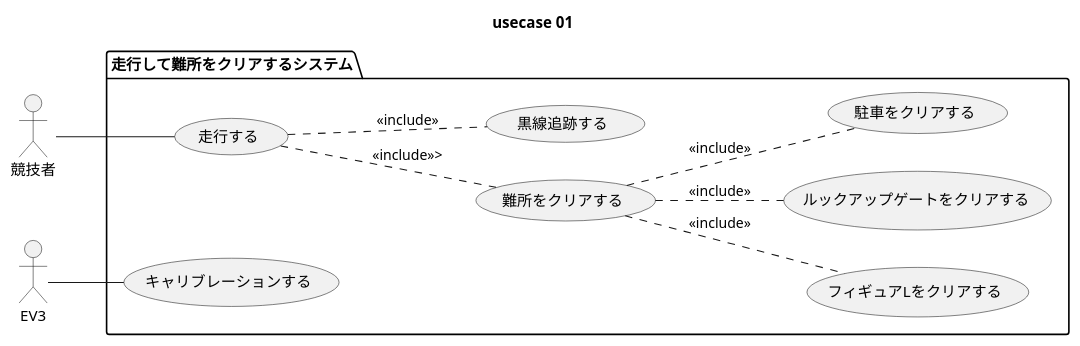
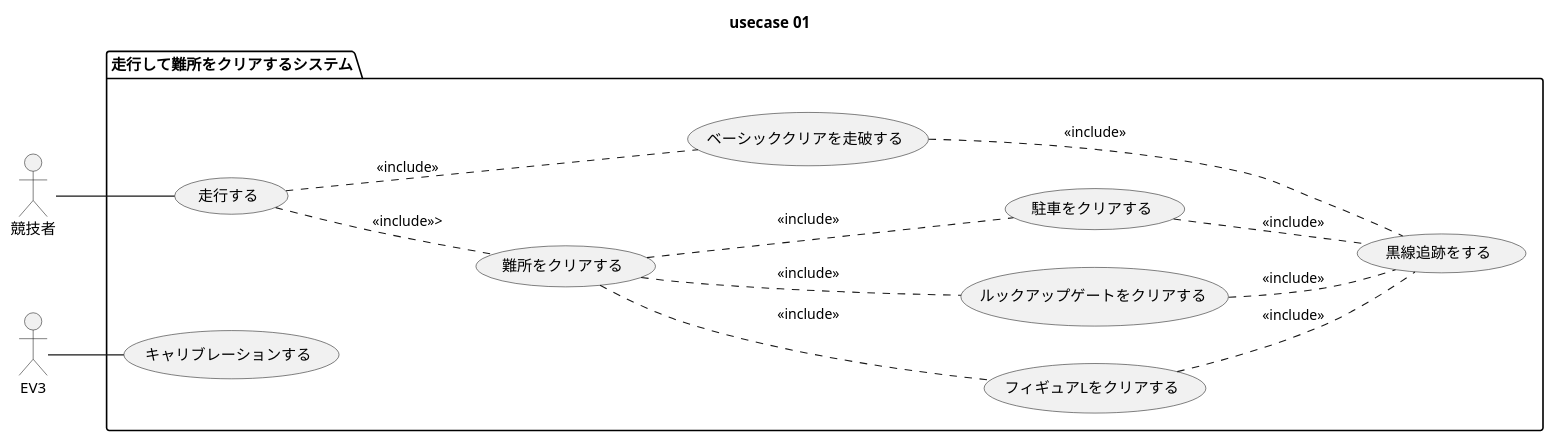
The diagram in diagram/usecase/01/usecase.pu (SLP-KBIT/ETR2015), drawn with PlantUML before and after one commit. The commit also changed 1 other file, not shown here.

Commit message:
(kattsun:usecase:01) 黒線追跡の位置を変更

```diff
--- a/diagram/usecase/01/usecase.pu
+++ b/diagram/usecase/01/usecase.pu
@@ -1,29 +1,33 @@
 @startuml
 
 title usecase 01
 
 actor 競技者 as user
 actor EV3 as robo
 
 left to right direction
 
 package "走行して難所をクリアするシステム" {
 
     usecase 走行する as run
     usecase 難所をクリアする as obs
     usecase キャリブレーションする as calib
-    usecase 黒線追跡する as black
+    usecase ベーシッククリアを走破する as basic
     usecase フィギュアLをクリアする as figy
     usecase ルックアップゲートをクリアする as gate
     usecase 駐車をクリアする as park
+    usecase 黒線追跡をする as trace
 }
 
 user -- run
 robo -- calib
 run  .. obs   : <<include>>>
-run  .. black : <<include>>
+run  .. basic : <<include>>
 obs  .. figy  : <<include>>
 obs  .. gate  : <<include>>
 obs  .. park  : <<include>>
-
+basic .. trace: <<include>>
+park .. trace : <<include>>
+gate .. trace : <<include>>
+figy .. trace : <<include>>
 @enduml
```
